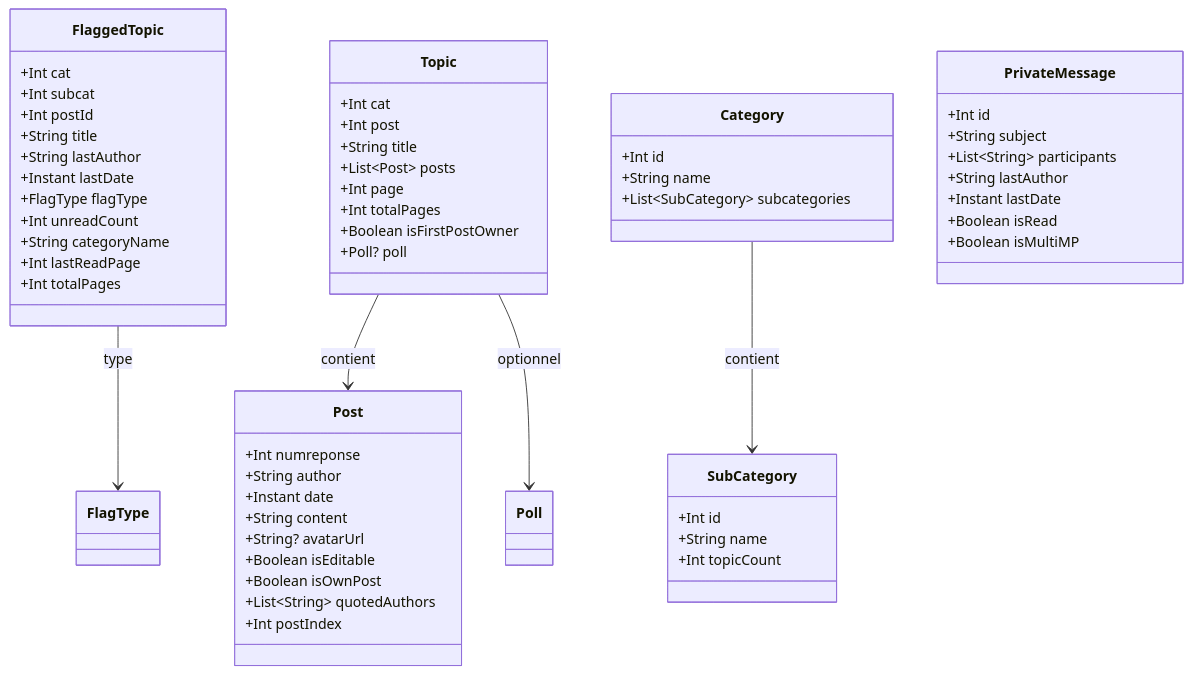
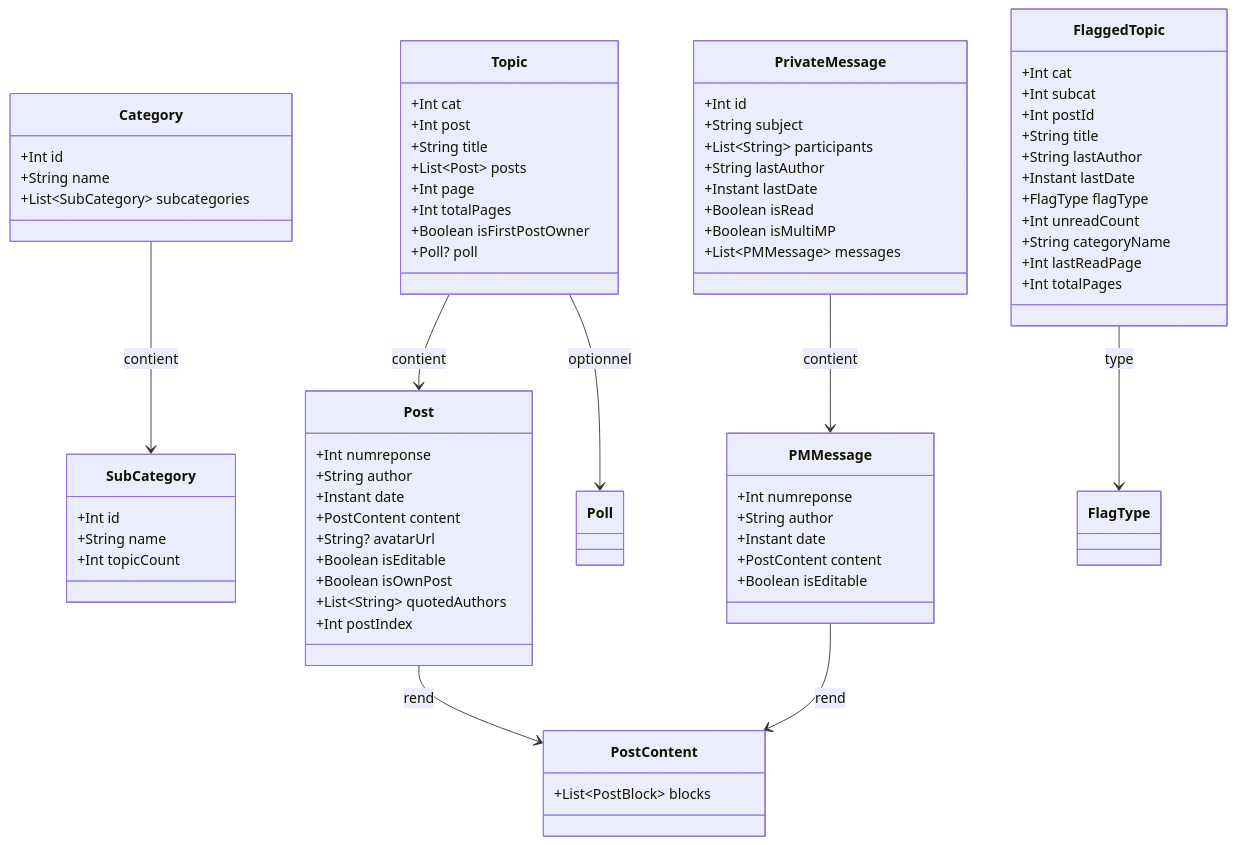
One commit to ForumHFR/redface2 changed the diagram in docs/specs/models.md. Above: the diagram before and after it, drawn with Mermaid. The commit also changed other lines of this file and 12 other files, not shown here.

First line of the commit message:
docs: add PostContent AST ADR-011 (#71)

````diff
--- a/docs/specs/models.md
+++ b/docs/specs/models.md
@@ -31,66 +31,82 @@
 ```mermaid
 classDiagram
     class FlaggedTopic {
         +Int cat
         +Int subcat
         +Int postId
         +String title
         +String lastAuthor
         +Instant lastDate
         +FlagType flagType
         +Int unreadCount
         +String categoryName
         +Int lastReadPage
         +Int totalPages
     }
 
     class Topic {
         +Int cat
         +Int post
         +String title
         +List~Post~ posts
         +Int page
         +Int totalPages
         +Boolean isFirstPostOwner
         +Poll? poll
     }
 
     class Post {
         +Int numreponse
         +String author
         +Instant date
-        +String content
+        +PostContent content
         +String? avatarUrl
         +Boolean isEditable
         +Boolean isOwnPost
         +List~String~ quotedAuthors
         +Int postIndex
+    }
+
+    class PostContent {
+        +List~PostBlock~ blocks
     }
 
     class Category {
         +Int id
         +String name
         +List~SubCategory~ subcategories
     }
 
     class SubCategory {
         +Int id
         +String name
         +Int topicCount
     }
 
     class PrivateMessage {
         +Int id
         +String subject
         +List~String~ participants
         +String lastAuthor
         +Instant lastDate
         +Boolean isRead
         +Boolean isMultiMP
+        +List~PMMessage~ messages
+    }
+
+    class PMMessage {
+        +Int numreponse
+        +String author
+        +Instant date
+        +PostContent content
+        +Boolean isEditable
     }
 
     Topic --> Post : contient
+    Post --> PostContent : rend
+    PrivateMessage --> PMMessage : contient
+    PMMessage --> PostContent : rend
     Topic --> Poll : optionnel
     Category --> SubCategory : contient
     FlaggedTopic --> FlagType : type
 ```
````
